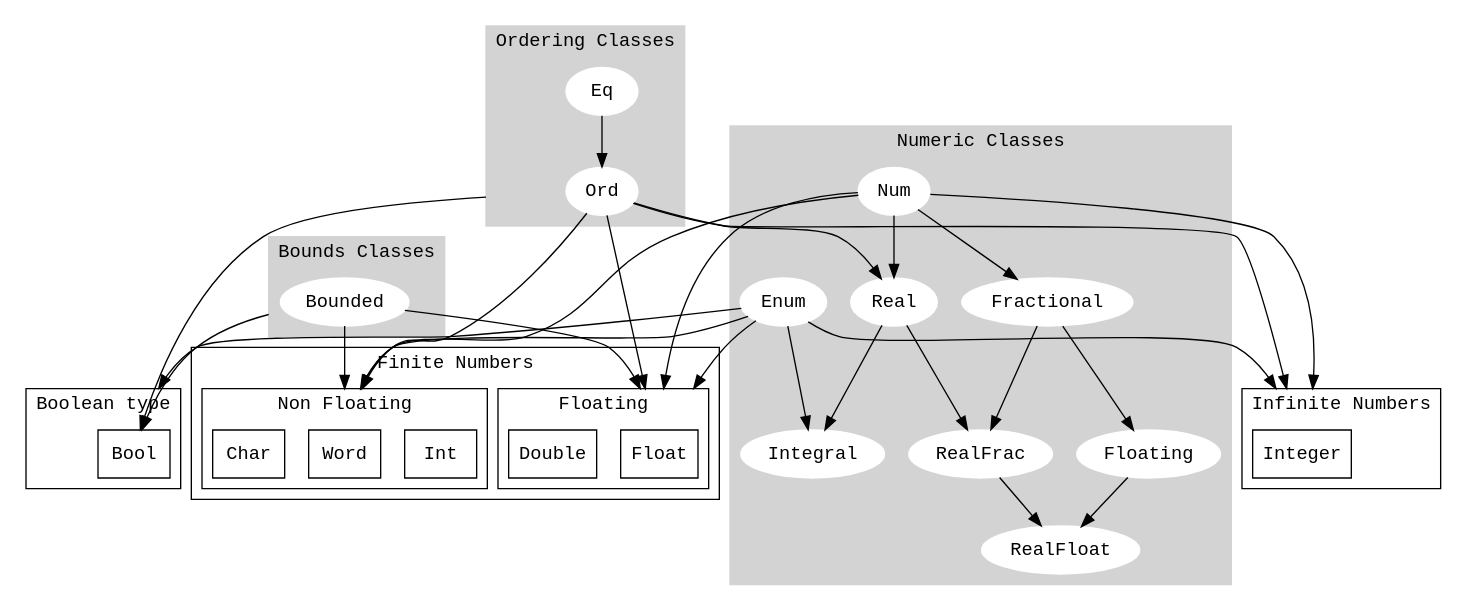
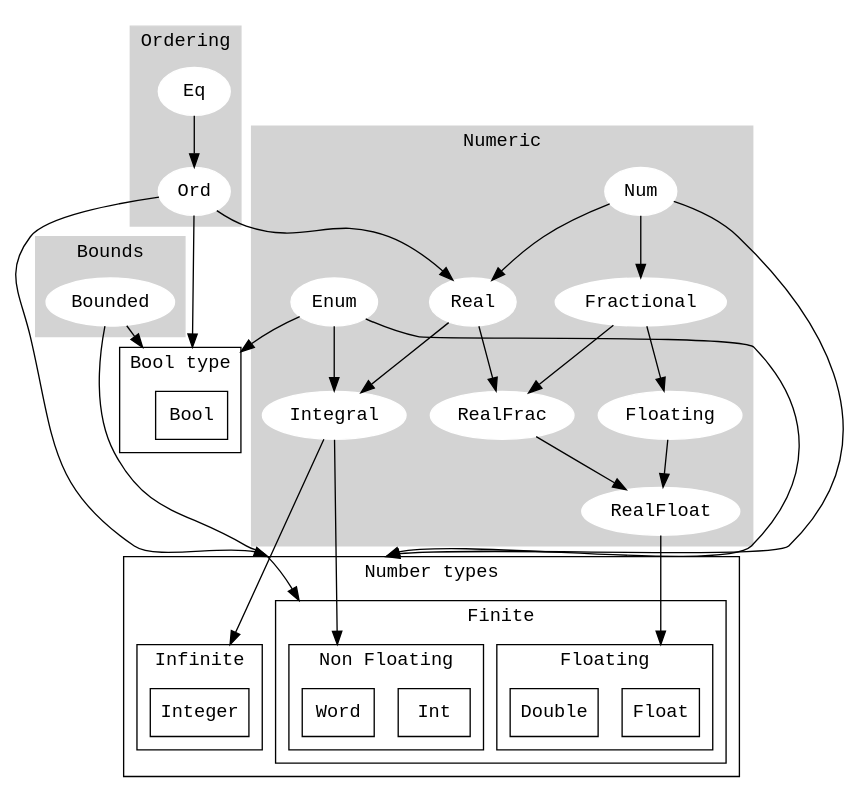
Before and after one commit to fmaste/Haskell: the diagram in media/basic.dot, drawn with Graphviz.

```diff
--- a/media/basic.dot
+++ b/media/basic.dot
@@ -1,104 +1,120 @@
 digraph G {
 
+  #clusterrank=local;
   compound=true;
+  #newrank=true;
+  rankdir=TB;
+  #overlap=false;
+  #splines=true;
+  #ranksep="5 equally"
+  #ratio=0.60
+
   graph [fontname="Liberation Mono"];
   node [fontname="Liberation Mono"];
   edge [fontname="Liberation Mono"];
   #node [shape=record fontsize=10 fontname="Verdana"];
 
   subgraph cluster_bool {
-    label = "Boolean type";
+    label = "Bool type";
+    margin=10;
+    rank=same;
     Bool [shape=box]
   }
 
-  subgraph cluster_finite {
-    label = "Finite Numbers";
+  subgraph cluster_numbers {
+    label = "Number types";
+    margin=10;
+    rank=same;
 
-  subgraph cluster_finite_no {
-    label = "Non Floating";
+    subgraph cluster_finite {
+      label = "Finite";
+      margin=10;
+      rank=same;
 
-    Int [shape=box]
-    Word [shape=box]
-    Char [shape=box]
-  }
+      subgraph cluster_finite_no {
+        label = "Non Floating";
+        {
+          rank=same;
+          Int [shape=box]
+          Word [shape=box]
+          # Char is not part of Num
+          #Char [shape=box]
+        }
+      }
 
-  subgraph cluster_finite_yes {
-    label = "Floating";
+      subgraph cluster_finite_yes {
+        label = "Floating";
+        {
+          rank=same;
+          Float [shape=box;]
+          Double [shape=box]
+        }
+      }
 
-    Float [shape=box]
-    Double [shape=box]
-  }
+    }
+
+    subgraph cluster_infinite {
+      label = "Infinite";
+      margin=10;
+      rank=same;
+      Integer [shape=box]
+    }
+
 
   }
 
-  subgraph cluster_infinite {
-    label = "Infinite Numbers";
-
-    Integer [shape=box]
-  }
-
   subgraph cluster_ord {
-    label = "Ordering Classes";
+    label = "Ordering";
     color=lightgrey;
     node [style=filled,color=white];
     style=filled;
-
     Eq -> Ord
   }
 
   subgraph cluster_bounds {
-    label = "Bounds Classes";
+    label = "Bounds";
     color=lightgrey;
     node [style=filled,color=white];
     style=filled;
-
     Bounded
   }
 
   subgraph cluster_enum {
-    label = "Numeric Classes";
+    label = "Numeric";
     color=lightgrey;
     node [style=filled,color=white];
     style=filled;
-
     Enum
-
-    Num -> Real
-    Ord -> Real
 
     Enum -> Integral
     Real -> Integral
     
     Num -> Fractional
     Fractional -> Floating
     Real -> RealFrac
     Fractional -> RealFrac
     RealFrac -> RealFloat
     Floating -> RealFloat
   }
 
-  Ord -> Bool [ltail=cluster_ord];
+  Num -> Real
+  Ord -> Real
+    
+  Ord -> Bool [lhead=cluster_bool];
   Enum -> Bool [lhead=cluster_bool];
-  Bounded -> Bool [ltail=cluster_bounds];
+  Bounded -> Bool [lhead=cluster_bool];
 
-  Ord -> Word [lhead=cluster_finite_no];
-  Enum -> Word [lhead=cluster_finite_no];
-  Num -> Word [lhead=cluster_finite_no];
-  Bounded -> Word [lhead=cluster_finite_no];
+  Ord -> Word [lhead=cluster_numbers];
+  Enum -> Word [lhead=cluster_numbers];
+  Num -> Word [lhead=cluster_numbers];
 
-  Ord -> Float [lhead=cluster_finite_yes];
-  Enum -> Float [lhead=cluster_finite_yes];
-  Num -> Float [lhead=cluster_finite_yes];
-  Bounded -> Float [lhead=cluster_finite_yes];
+  Bounded -> Word [lhead=cluster_finite];
 
-  Ord -> Integer [lhead=cluster_infinite];
-  Enum -> Integer [lhead=cluster_infinite];
-  Num -> Integer [lhead=cluster_infinite];
+  Integral -> Word [lhead=cluster_finite_no];
+  Integral -> Integer [lhead=cluster_infinite];
+  
+  RealFloat -> Float [lhead=cluster_finite_yes];
 
-  #Enum -> Float [ltail=cluster_enum];
-  #Bounded -> Float [ltail=cluster_bounds];
-
-  #Ord -> Integer [ltail=cluster_ord lhead=cluster_finite];
-  #Enum -> Integer [ltail=cluster_finite];
+# constraint=false;
 
 }
```
